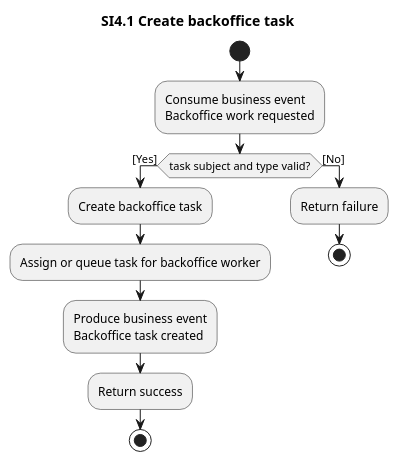
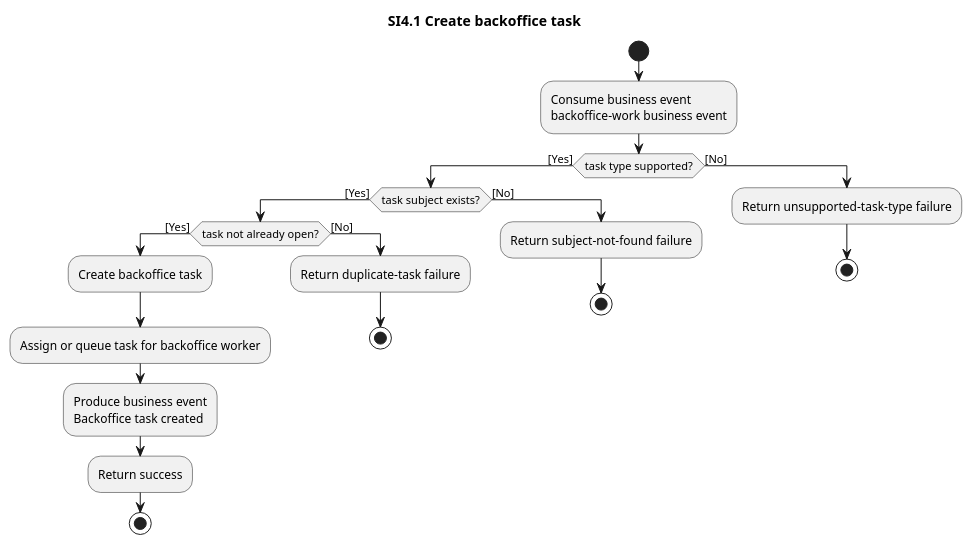
One commit to ottolote/fixme changed the diagram in docs/business/system-interactions/diagrams/si4.1-create-backoffice-review-task.pu. Above: the diagram before and after it, drawn with PlantUML. The commit also changed 33 other files, not shown here.

Commit message:
add all conditionals etc to system interaction diagrams

```diff
--- a/docs/business/system-interactions/diagrams/si4.1-create-backoffice-review-task.pu
+++ b/docs/business/system-interactions/diagrams/si4.1-create-backoffice-review-task.pu
@@ -1,20 +1,30 @@
 @startuml si4.1-create-backoffice-review-task
 title SI4.1 Create backoffice task
 
 start
 :Consume business event
-Backoffice work requested;
+backoffice-work business event;
 
-if (task subject and type valid?) then ([Yes])
-  :Create backoffice task;
-  :Assign or queue task for backoffice worker;
-  :Produce business event
+if (task type supported?) then ([Yes])
+  if (task subject exists?) then ([Yes])
+    if (task not already open?) then ([Yes])
+      :Create backoffice task;
+      :Assign or queue task for backoffice worker;
+      :Produce business event
 Backoffice task created;
-  :Return success;
-  stop
+      :Return success;
+      stop
+    else ([No])
+      :Return duplicate-task failure;
+      stop
+    endif
+  else ([No])
+    :Return subject-not-found failure;
+    stop
+  endif
 else ([No])
-  :Return failure;
+  :Return unsupported-task-type failure;
   stop
 endif
 
 @enduml
```
